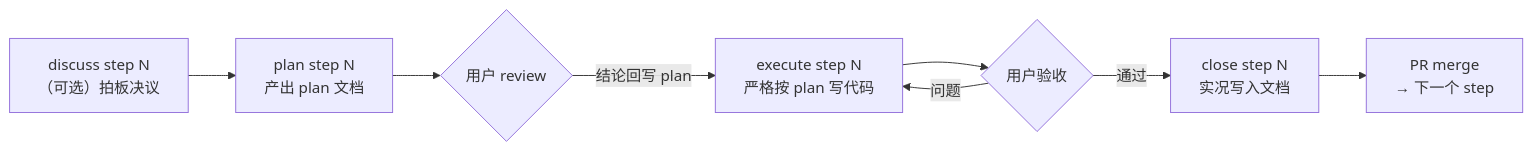
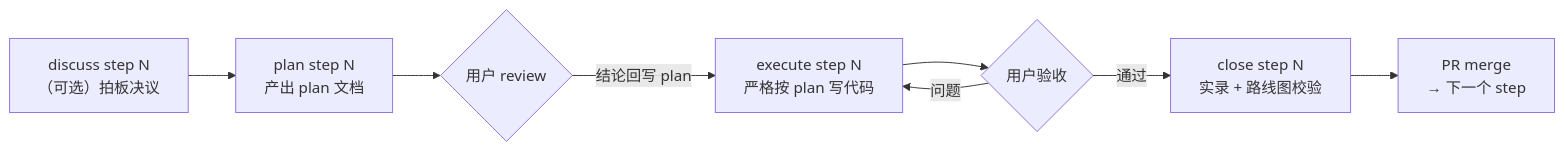
One commit to JiayiLiuCA/claude-workflow changed the diagram in README.md. Above: the diagram before and after it, drawn with Mermaid. The commit also changed other lines of this file and 19 other files, not shown here.

First line of the commit message:
工作流重构：Close 记账制、每 step 实录文件、PIPELINE 体量恒定、路线图活文档、代码规范改 rules

````diff
--- a/README.md
+++ b/README.md
@@ -55,10 +62,10 @@
 ```mermaid
 flowchart LR
     D["discuss step N<br/>（可选）拍板决议"] --> P["plan step N<br/>产出 plan 文档"]
     P --> R{用户 review}
     R -->|结论回写 plan| E["execute step N<br/>严格按 plan 写代码"]
     E --> V{用户验收}
     V -->|问题| E
-    V -->|通过| C["close step N<br/>实况写入文档"]
+    V -->|通过| C["close step N<br/>实录 + 路线图校验"]
     C --> M["PR merge<br/>→ 下一个 step"]
 ```
````
